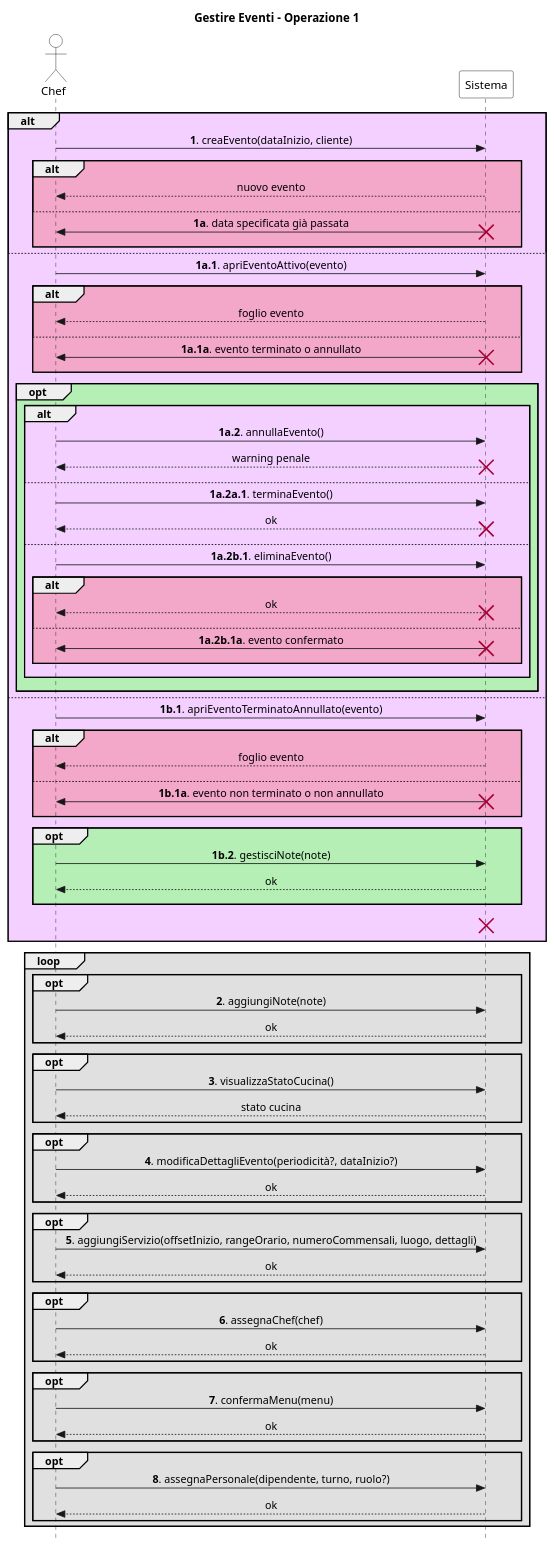
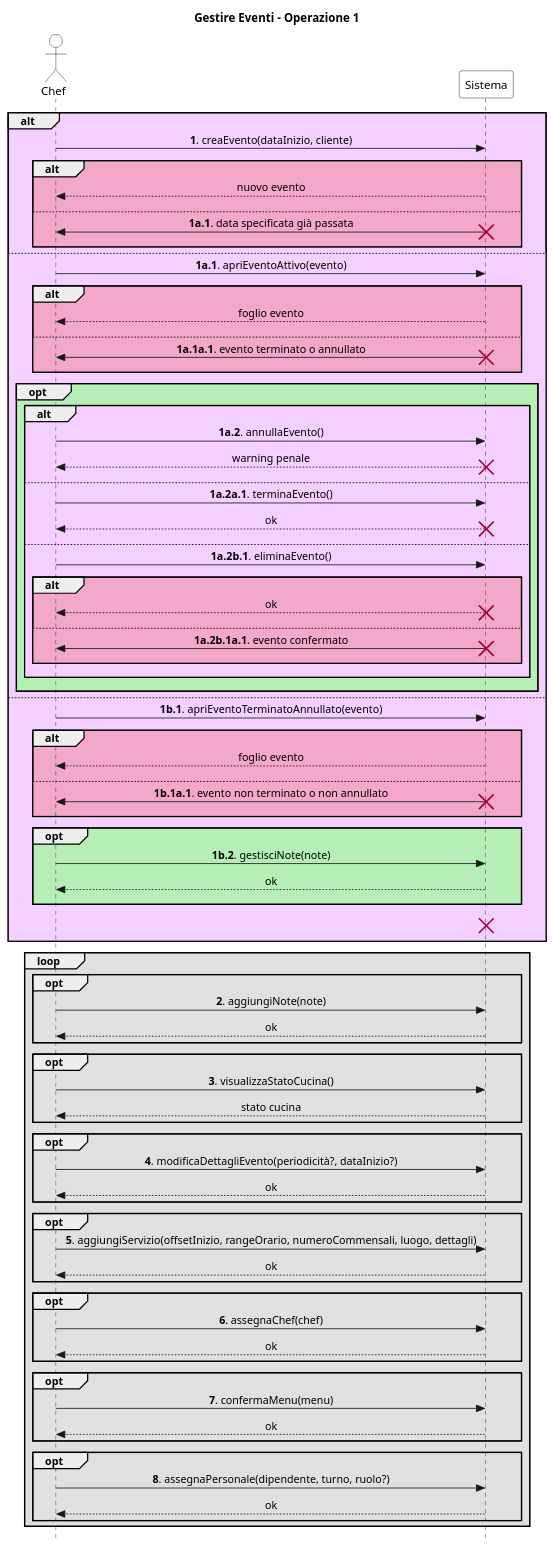
One commit to stefa168/sas-project changed the diagram in UP/Requisiti/UC Gestire Eventi/SSD/Estensioni-Eccezioni Op1.puml. Above: the diagram before and after it, drawn with PlantUML. The commit also changed 5 other files, not shown here.

```diff
--- a/UP/Requisiti/UC Gestire Eventi/SSD/Estensioni-Eccezioni Op1.puml
+++ b/UP/Requisiti/UC Gestire Eventi/SSD/Estensioni-Eccezioni Op1.puml
@@ -1,124 +1,124 @@
 @startuml
 skinparam Style strictuml
 skinparam SequenceMessageAlign center
 
 skinparam sequence {
     ActorBorderColor Black
     ActorBackgroundColor White
     ParticipantBorderColor Black
     ParticipantBackgroundColor White
 }
 
 actor Chef
 participant Sistema
 
 title Gestire Eventi - Operazione 1
 
 alt #f3d0ff
     Chef -> Sistema: **1**. creaEvento(dataInizio, cliente)
     alt #f3a7c9
         return nuovo evento
         ||10||
     else
-        Chef <- Sistema: **1a**. data specificata già passata
+        Chef <- Sistema: **1a.1**. data specificata già passata
         destroy Sistema
         ||10||
     end
 else
     Chef -> Sistema: **1a.1**. apriEventoAttivo(evento)
     alt #f3a7c9
         return foglio evento
         ||10||
     else
-        Chef <- Sistema: **1a.1a**. evento terminato o annullato
+        Chef <- Sistema: **1a.1a.1**. evento terminato o annullato
         destroy Sistema
         ||10||
     end
 
     opt #b6efb6
         alt #f3d0ff
             Chef -> Sistema: **1a.2**. annullaEvento()
             return warning penale
             destroy Sistema
             ||10||
         else
             Chef -> Sistema: **1a.2a.1**. terminaEvento()
             return ok
             destroy Sistema
             ||10||
         else
             Chef -> Sistema: **1a.2b.1**. eliminaEvento()
             alt #f3a7c9
                 return ok
                 destroy Sistema
                 ||10||
             else
-               Chef <- Sistema: **1a.2b.1a**. evento confermato
+               Chef <- Sistema: **1a.2b.1a.1**. evento confermato
                destroy Sistema
                ||10||
             end
             ||10||
         end
         ' non abbiamo modo di modificare il colore della X
         ||10||
     end
 else
     Chef -> Sistema: **1b.1**. apriEventoTerminatoAnnullato(evento)
     alt #f3a7c9
         return foglio evento
         ||10||
     else
-        Chef <- Sistema: **1b.1a**. evento non terminato o non annullato
+        Chef <- Sistema: **1b.1a.1**. evento non terminato o non annullato
         destroy Sistema
         ||10||
     end
 
     opt #b6efb6
         Chef -> Sistema: **1b.2**. gestisciNote(note)
         return ok
         ||10||
     end
 
     ||10||
     destroy Sistema
 '    note over Chef, Sistema #fff: Il caso d'uso termina.
     ||10||
 end
 
 loop #e0e0e0
     opt #e0e0e0
         Chef -> Sistema: **2**. aggiungiNote(note)
         return ok
     end
 
     opt #e0e0e0
         Chef -> Sistema: **3**. visualizzaStatoCucina()
         return stato cucina
     end
 
     opt #e0e0e0
         Chef -> Sistema: **4**. modificaDettagliEvento(periodicità?, dataInizio?)
         return ok
     end
 
     opt #e0e0e0
         Chef -> Sistema: **5**. aggiungiServizio(offsetInizio, rangeOrario, numeroCommensali, luogo, dettagli)
         return ok
     end
 
     opt #e0e0e0
         Chef -> Sistema: **6**. assegnaChef(chef)
         return ok
     end
 
     opt #e0e0e0
         Chef -> Sistema: **7**. confermaMenu(menu)
         return ok
     end
 
     opt #e0e0e0
         Chef -> Sistema: **8**. assegnaPersonale(dipendente, turno, ruolo?)
         return ok
     end
 end
 @enduml
```
